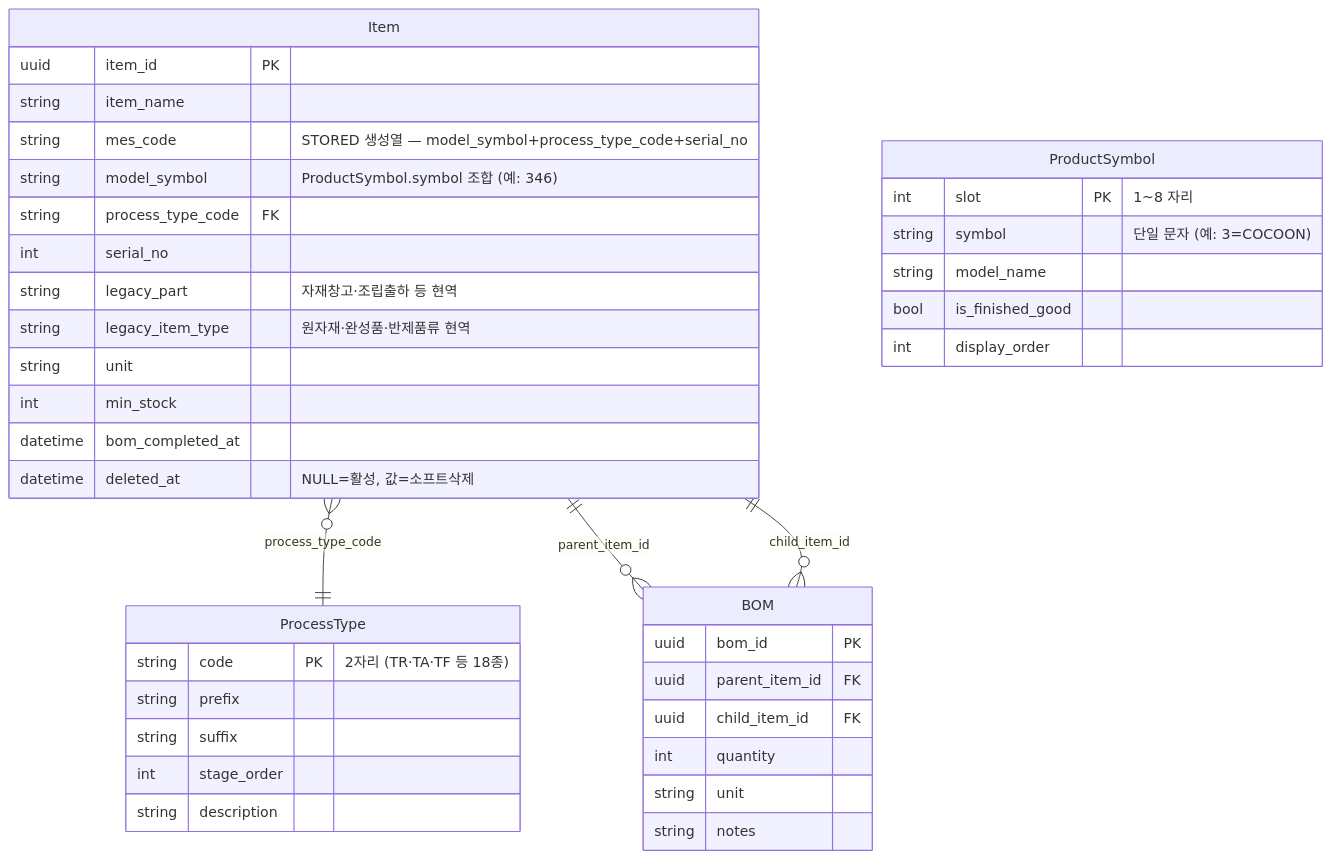
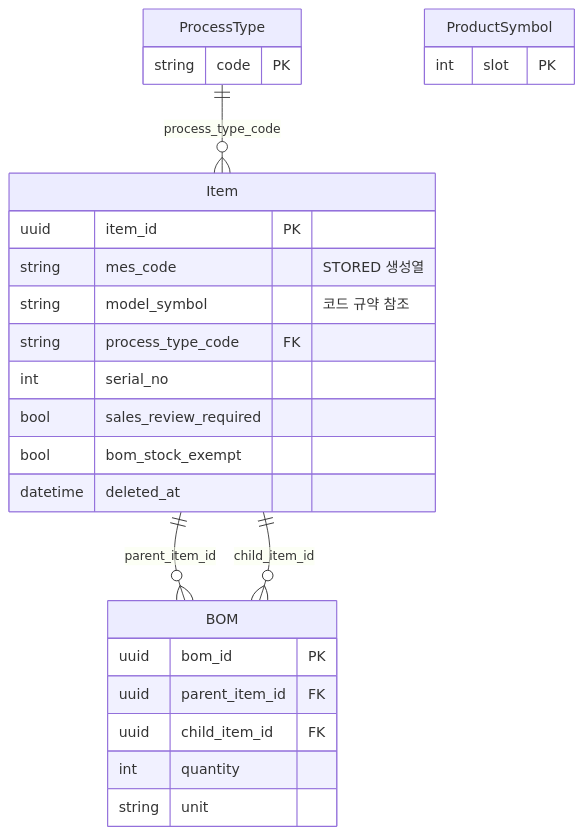
One commit to Hw-03/ERP changed the first of 7 diagrams in _attic/docs/ERD.md. Above: the diagram before and after it, drawn with Mermaid. The commit also changed other lines of this file and 50 other files, not shown here.

````diff
--- a/_attic/docs/ERD.md
+++ b/_attic/docs/ERD.md
@@ -23,46 +31,30 @@
 ```mermaid
 erDiagram
+    ProcessType ||--o{ Item : "process_type_code"
+    Item ||--o{ BOM : "parent_item_id"
+    Item ||--o{ BOM : "child_item_id"
+
     Item {
         uuid item_id PK
-        string item_name
-        string mes_code "STORED 생성열 — model_symbol+process_type_code+serial_no"
-        string model_symbol "ProductSymbol.symbol 조합 (예: 346)"
+        string mes_code "STORED 생성열"
+        string model_symbol "코드 규약 참조"
         string process_type_code FK
         int serial_no
-        string legacy_part "자재창고·조립출하 등 현역"
-        string legacy_item_type "원자재·완성품·반제품류 현역"
-        string unit
-        int min_stock
-        datetime bom_completed_at
-        datetime deleted_at "NULL=활성, 값=소프트삭제"
+        bool sales_review_required
+        bool bom_stock_exempt
+        datetime deleted_at
     }
-
     BOM {
         uuid bom_id PK
         uuid parent_item_id FK
         uuid child_item_id FK
         int quantity
         string unit
-        string notes
     }
-
     ProcessType {
-        string code PK "2자리 (TR·TA·TF 등 18종)"
-        string prefix
-        string suffix
-        int stage_order
-        string description
+        string code PK
     }
-
     ProductSymbol {
-        int slot PK "1~8 자리"
-        string symbol "단일 문자 (예: 3=COCOON)"
-        string model_name
-        bool is_finished_good
-        int display_order
+        int slot PK
     }
-
-    Item }o--|| ProcessType : "process_type_code"
-    Item ||--o{ BOM : "parent_item_id"
-    Item ||--o{ BOM : "child_item_id"
 ```
````
